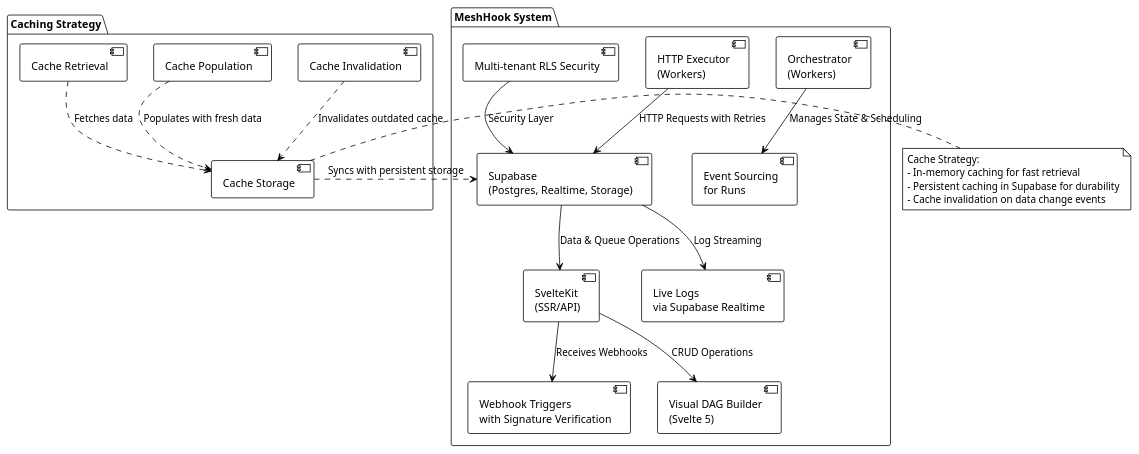
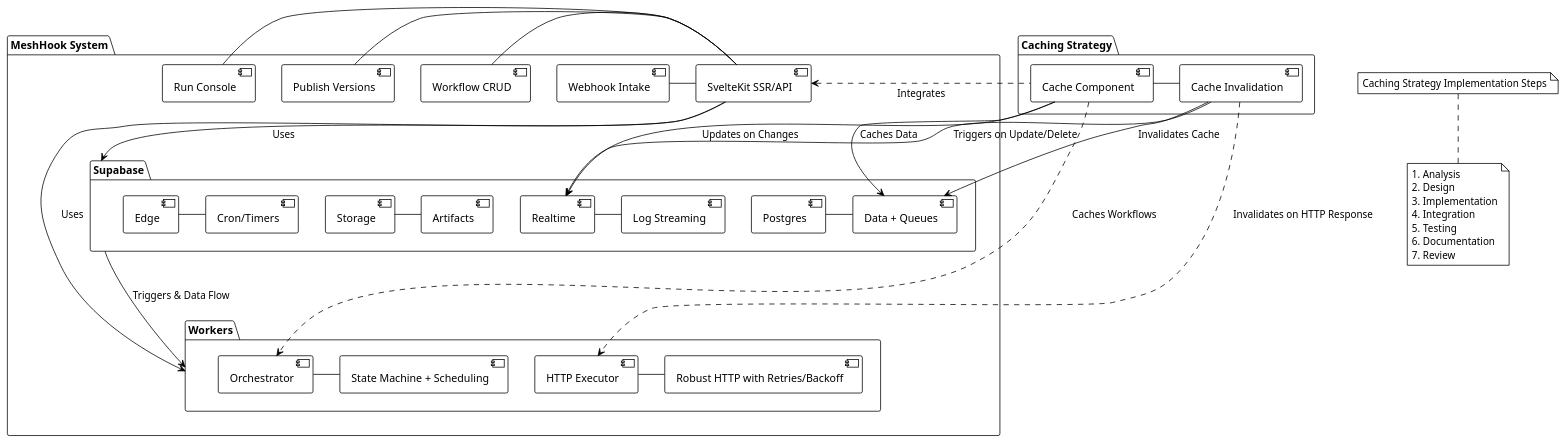
Before and after one commit to profullstack/meshhook: the diagram in docs/PRDs/211-caching-strategy.puml, drawn with PlantUML. The commit also changed 65 other files, not shown here.

First line of the commit message:
Enhances workflow editor with connection handling and improves PRD documentation

```diff
--- a/docs/PRDs/211-caching-strategy.puml
+++ b/docs/PRDs/211-caching-strategy.puml
@@ -1,42 +1,43 @@
 @startuml
 !theme plain
 
 package "MeshHook System" {
-    [Supabase\n(Postgres, Realtime, Storage)] as Supabase
-    [SvelteKit\n(SSR/API)] as SvelteKit
-    [Orchestrator\n(Workers)] as Orchestrator
-    [HTTP Executor\n(Workers)] as HTTPExecutor
-    [Webhook Triggers\nwith Signature Verification] as Webhooks
-    [Visual DAG Builder\n(Svelte 5)] as DAGBuilder
-    [Event Sourcing\nfor Runs] as EventSourcing
-    [Live Logs\nvia Supabase Realtime] as LiveLogs
-    [Multi-tenant RLS Security] as RLS
+    [Webhook Intake] - [SvelteKit SSR/API]
+    [Workflow CRUD] - [SvelteKit SSR/API]
+    [Publish Versions] - [SvelteKit SSR/API]
+    [Run Console] - [SvelteKit SSR/API]
+    
+    package "Supabase" {
+        [Postgres] - [Data + Queues]
+        [Realtime] - [Log Streaming]
+        [Storage] - [Artifacts]
+        [Edge] - [Cron/Timers]
+    }
+    
+    package "Workers" {
+        [Orchestrator] - [State Machine + Scheduling]
+        [HTTP Executor] - [Robust HTTP with Retries/Backoff]
+    }
+    
+    [SvelteKit SSR/API] --> [Supabase] : Uses
+    [SvelteKit SSR/API] --> [Workers] : Uses
+    [Supabase] --> [Workers] : Triggers & Data Flow
 }
 
 package "Caching Strategy" {
-    [Cache Invalidation] as CacheInvalidation
-    [Cache Storage] as CacheStorage
-    [Cache Population] as CachePopulation
-    [Cache Retrieval] as CacheRetrieval
+    [Cache Component] - [Cache Invalidation]
+    [Cache Component] --> [Data + Queues] : Caches Data
+    [Cache Invalidation] --> [Data + Queues] : Invalidates Cache
+    [Cache Component] --> [Realtime] : Updates on Changes
+    [Cache Invalidation] --> [Realtime] : Triggers on Update/Delete
 }
 
-Supabase --> SvelteKit : Data & Queue Operations
-Supabase --> LiveLogs : Log Streaming
-SvelteKit --> Webhooks : Receives Webhooks
-SvelteKit --> DAGBuilder : CRUD Operations
-Orchestrator --> EventSourcing : Manages State & Scheduling
-HTTPExecutor --> Supabase : HTTP Requests with Retries
-RLS --> Supabase : Security Layer
-CacheInvalidation .down.> CacheStorage : Invalidates outdated cache
-CachePopulation .down.> CacheStorage : Populates with fresh data
-CacheRetrieval .down.> CacheStorage : Fetches data
-CacheStorage .right.> Supabase : Syncs with persistent storage
+[Cache Component] .up.> [SvelteKit SSR/API] : Integrates
+[Cache Component] .right.> [Orchestrator] : Caches Workflows
+[Cache Invalidation] .right.> [HTTP Executor] : Invalidates on HTTP Response
 
-note right of CacheStorage
-  Cache Strategy:
-  - In-memory caching for fast retrieval
-  - Persistent caching in Supabase for durability
-  - Cache invalidation on data change events
-end note
+note "Caching Strategy Implementation Steps" as N1
+note "1. Analysis\n2. Design\n3. Implementation\n4. Integration\n5. Testing\n6. Documentation\n7. Review" as N2
+N1 .. N2
 
 @enduml
```
